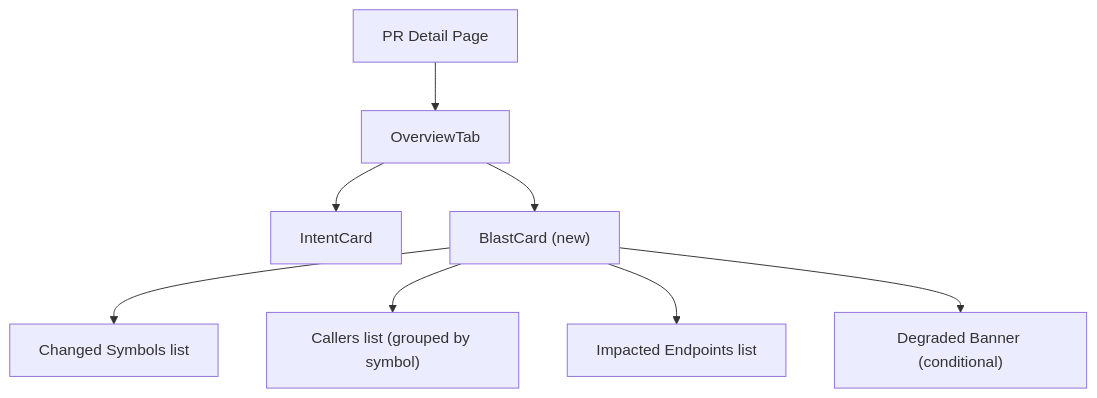
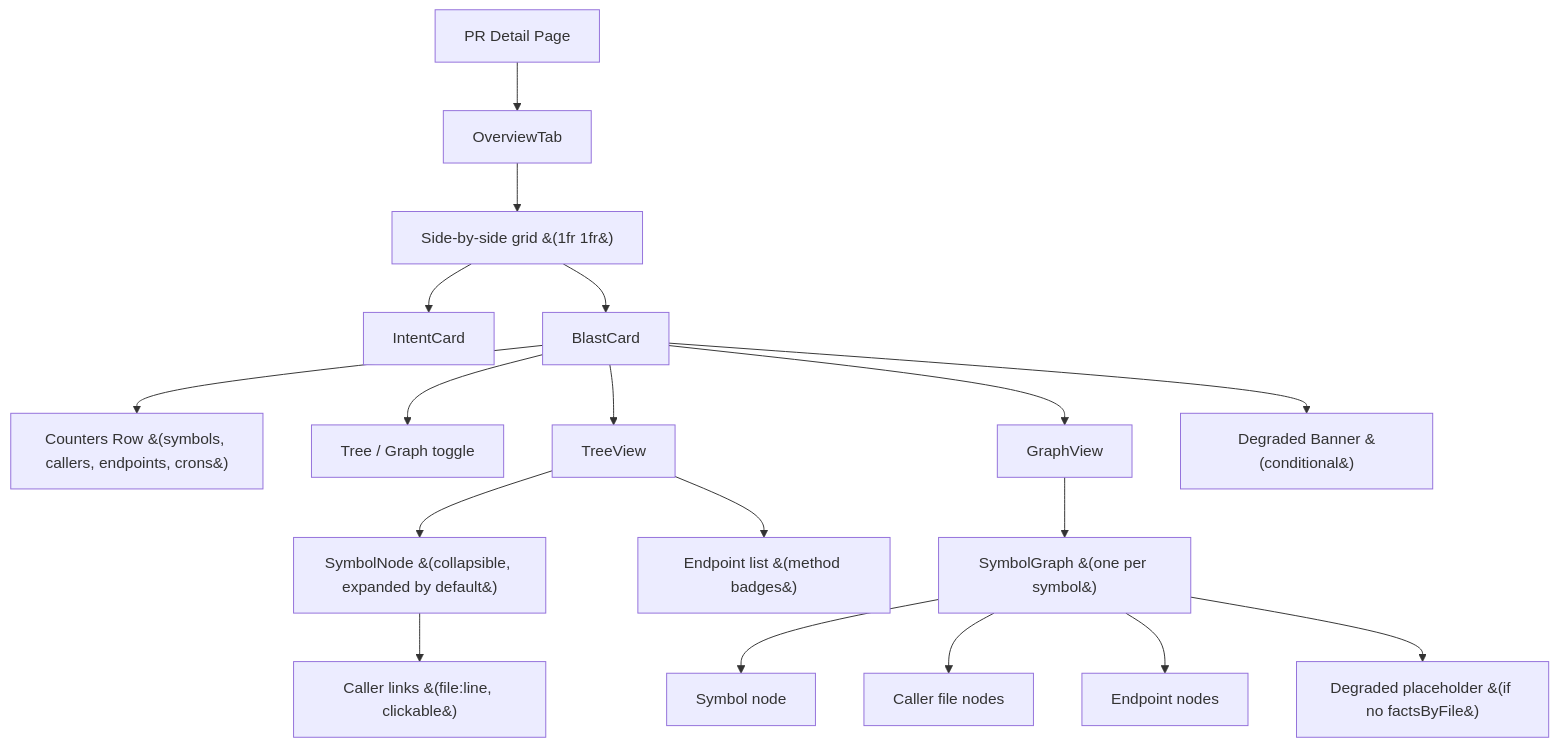
The second of 2 diagrams in docs/BlastRadius/plan.md (IevgenKuznetsov/dev-digest), drawn with Mermaid before and after one commit. The commit also changed other lines of this file and 4 other files, not shown here.

````diff
--- a/docs/BlastRadius/plan.md
+++ b/docs/BlastRadius/plan.md
@@ -70,10 +75,20 @@
 ```mermaid
 flowchart TD
     Page["PR Detail Page"] --> OT["OverviewTab"]
-    OT --> IC["IntentCard"]
-    OT --> BC["BlastCard #40;new#41;"]
-    BC --> CS["Changed Symbols list"]
-    BC --> CL["Callers list #40;grouped by symbol#41;"]
-    BC --> EP["Impacted Endpoints list"]
-    BC --> DG["Degraded Banner #40;conditional#41;"]
+    OT --> CardsRow["Side-by-side grid &#40;1fr 1fr&#41;"]
+    CardsRow --> IC["IntentCard"]
+    CardsRow --> BC["BlastCard"]
+    BC --> Counters["Counters Row &#40;symbols, callers, endpoints, crons&#41;"]
+    BC --> Toggle["Tree / Graph toggle"]
+    BC --> TV["TreeView"]
+    BC --> GV["GraphView"]
+    TV --> SN["SymbolNode &#40;collapsible, expanded by default&#41;"]
+    SN --> CL["Caller links &#40;file:line, clickable&#41;"]
+    TV --> EP["Endpoint list &#40;method badges&#41;"]
+    GV --> SG["SymbolGraph &#40;one per symbol&#41;"]
+    SG --> SymNode["Symbol node"]
+    SG --> CalNode["Caller file nodes"]
+    SG --> EpNode["Endpoint nodes"]
+    SG --> DegNode["Degraded placeholder &#40;if no factsByFile&#41;"]
+    BC --> DG["Degraded Banner &#40;conditional&#41;"]
 ```
````
